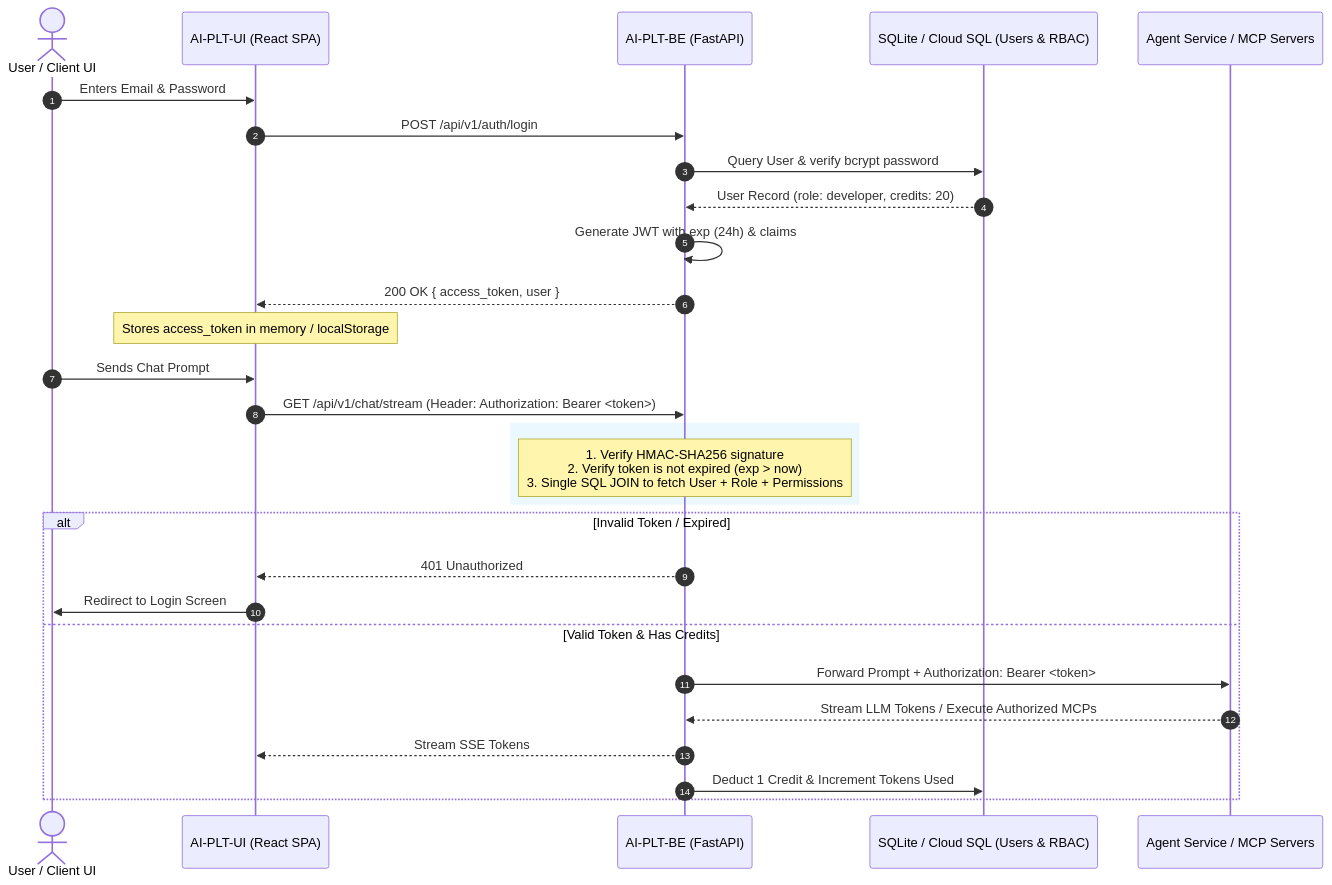
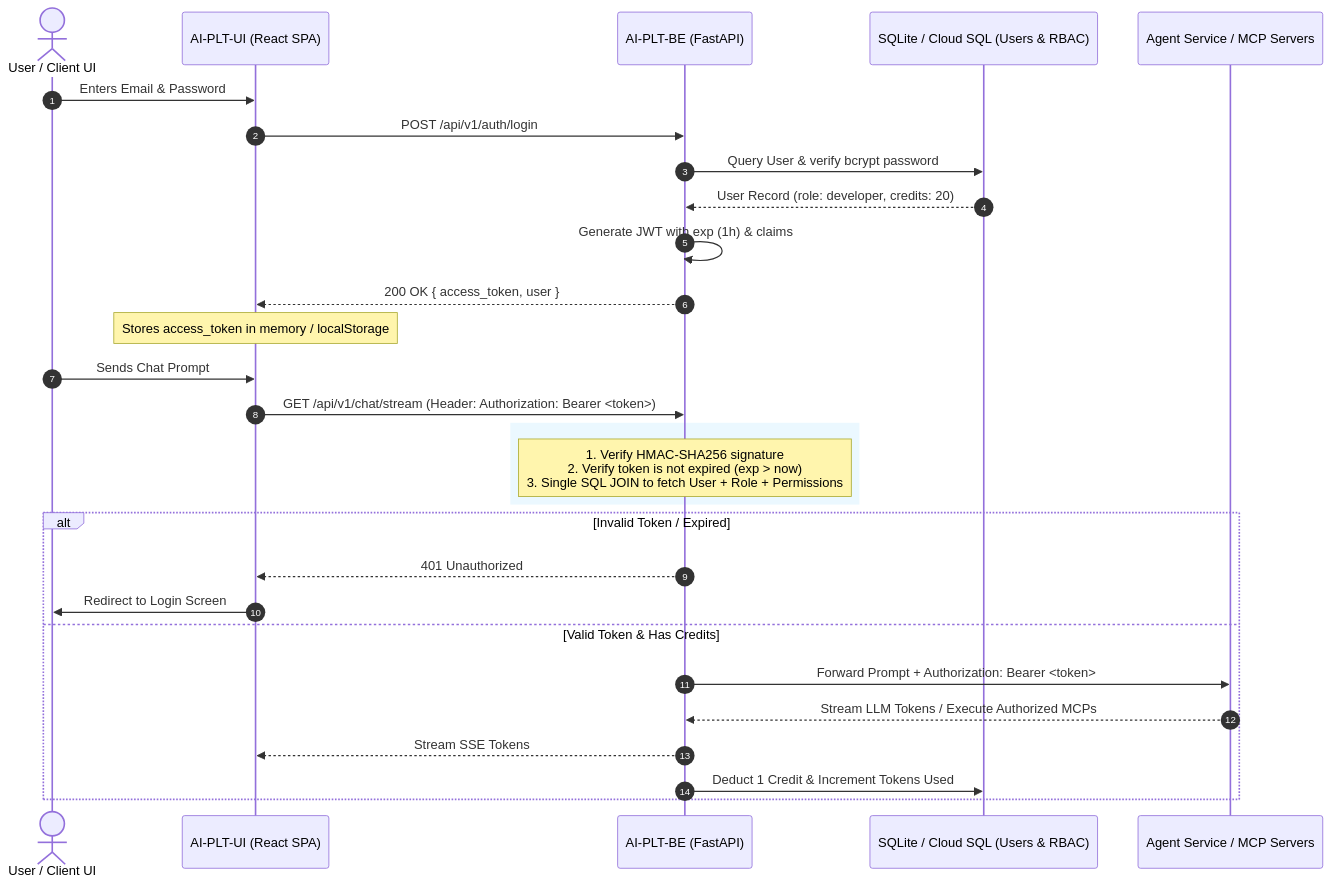
One commit to sekhardp/AI-PLT-BE changed the diagram in architecture/auth_flow_diagram.md. Above: the diagram before and after it, drawn with Mermaid. The commit also changed 1 other file, not shown here.

Commit message:
feat: passing the routed_to variable in the chat request

````diff
--- a/architecture/auth_flow_diagram.md
+++ b/architecture/auth_flow_diagram.md
@@ -5,36 +5,36 @@
 ```mermaid
 sequenceDiagram
     autonumber
     actor User as User / Client UI
     participant Frontend as AI-PLT-UI (React SPA)
     participant Backend as AI-PLT-BE (FastAPI)
     participant DB as SQLite / Cloud SQL (Users & RBAC)
     participant Upstream as Agent Service / MCP Servers
 
     %% Login Flow
     User->>Frontend: Enters Email & Password
     Frontend->>Backend: POST /api/v1/auth/login
     Backend->>DB: Query User & verify bcrypt password
     DB-->>Backend: User Record (role: developer, credits: 20)
-    Backend->>Backend: Generate JWT with exp (24h) & claims
+    Backend->>Backend: Generate JWT with exp (1h) & claims
     Backend-->>Frontend: 200 OK { access_token, user }
     Note over Frontend: Stores access_token in memory / localStorage
 
     %% Authenticated Chat Call
     User->>Frontend: Sends Chat Prompt
     Frontend->>Backend: GET /api/v1/chat/stream (Header: Authorization: Bearer <token>)
     
     rect rgb(235, 248, 255)
     Note over Backend: 1. Verify HMAC-SHA256 signature<br/>2. Verify token is not expired (exp > now)<br/>3. Single SQL JOIN to fetch User + Role + Permissions
     end
 
     alt Invalid Token / Expired
         Backend-->>Frontend: 401 Unauthorized
         Frontend->>User: Redirect to Login Screen
     else Valid Token & Has Credits
         Backend->>Upstream: Forward Prompt + Authorization: Bearer <token>
         Upstream-->>Backend: Stream LLM Tokens / Execute Authorized MCPs
         Backend-->>Frontend: Stream SSE Tokens
         Backend->>DB: Deduct 1 Credit & Increment Tokens Used
     end
 ```
````
